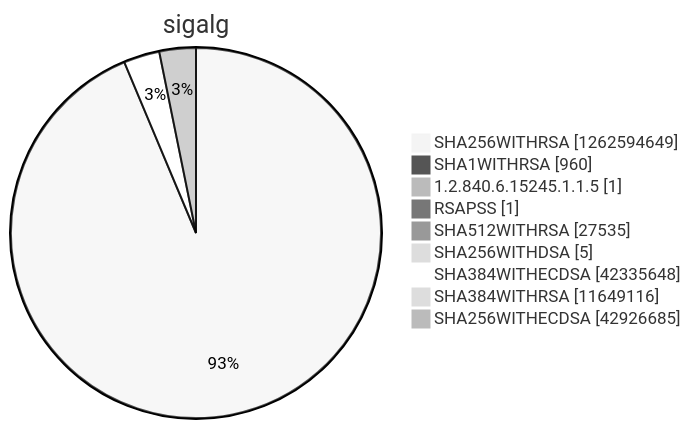
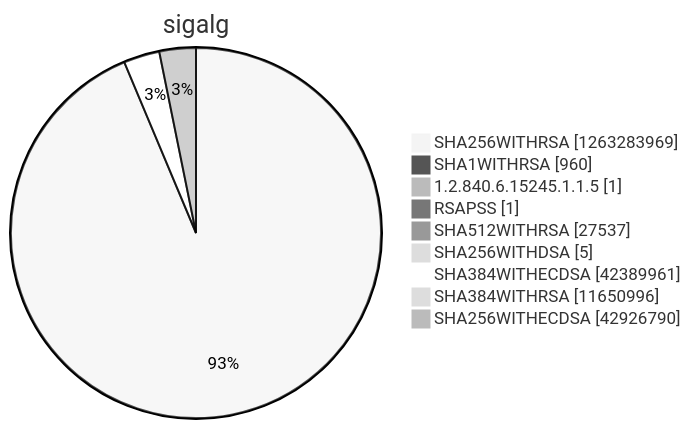
One commit to christiankrug/ctmonitor_visualization changed diagram 15 of 15 in argon2022/README.md. Above: the diagram before and after it, drawn with Mermaid (neutral theme). The commit also changed other lines of this file, not shown here.

````diff
--- a/argon2022/README.md
+++ b/argon2022/README.md
@@ -5522,13 +5522,13 @@
 ```mermaid
 pie showData
 title sigalg
-"SHA256WITHRSA" :1262594649
+"SHA256WITHRSA" :1263283969
 "SHA1WITHRSA" :960
 "1.2.840.6.15245.1.1.5" :1
 "RSAPSS" :1
-"SHA512WITHRSA" :27535
+"SHA512WITHRSA" :27537
 "SHA256WITHDSA" :5
-"SHA384WITHECDSA" :42335648
-"SHA384WITHRSA" :11649116
-"SHA256WITHECDSA" :42926685
+"SHA384WITHECDSA" :42389961
+"SHA384WITHRSA" :11650996
+"SHA256WITHECDSA" :42926790
 ```
````
